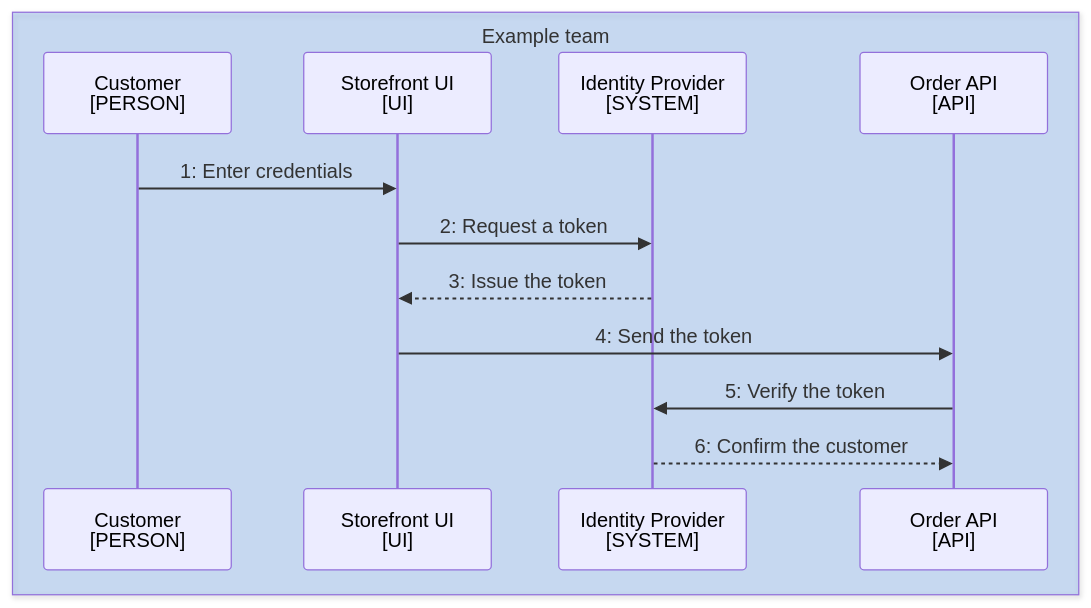
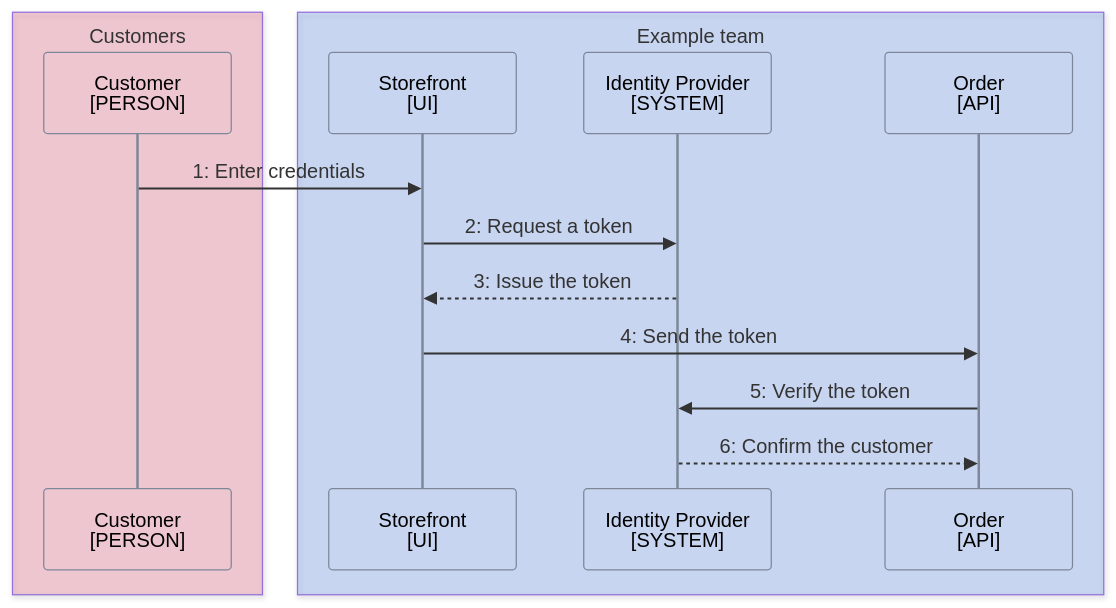
Before and after one commit to choonchernlim/skills: the diagram in skills/docsmith/scripts/fixtures/good/docs/security/authentication.md, drawn with Mermaid. The commit also changed other lines of this file and 127 other files, not shown here.

````diff
--- a/skills/docsmith/scripts/fixtures/good/docs/security/authentication.md
+++ b/skills/docsmith/scripts/fixtures/good/docs/security/authentication.md
@@ -15,16 +17,19 @@
 ```mermaid
 sequenceDiagram
-  box rgba(26,115,232,0.2) Example team
+  %%{init: {"themeVariables": {"actorBkg": "transparent", "actorBorder": "#7d8799", "actorLineColor": "#7d8799", "labelBoxBorderColor": "#7d8799"}}}%%
+  box rgba(225,29,72,0.2) Customers
     participant Customer as Customer<br/>[PERSON]
-    participant Browser as Storefront UI<br/>[UI]
+  end
+  box rgba(37,99,235,0.2) Example team
+    participant Browser as Storefront<br/>[UI]
     participant Identity as Identity Provider<br/>[SYSTEM]
-    participant Route as Order API<br/>[API]
+    participant Route as Order<br/>[API]
   end
 
   Customer->>Browser: 1: Enter credentials
   Browser->>Identity: 2: Request a token
   Identity-->>Browser: 3: Issue the token
   Browser->>Route: 4: Send the token
   Route->>Identity: 5: Verify the token
   Identity-->>Route: 6: Confirm the customer
 ```
````
